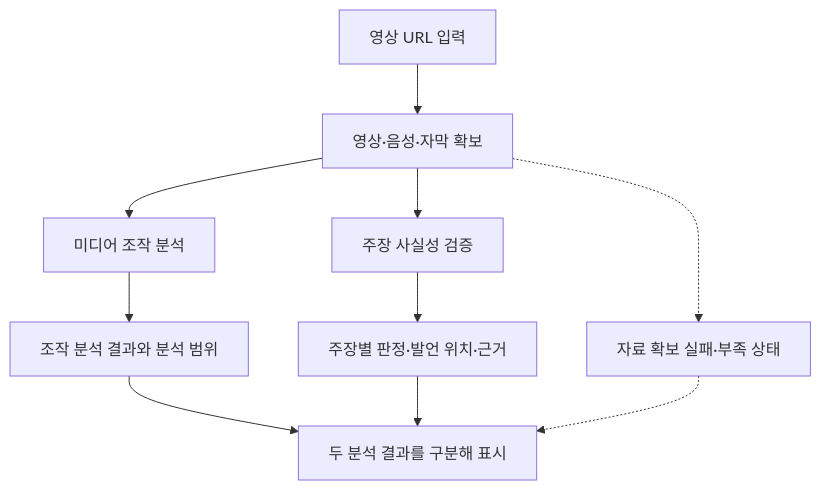
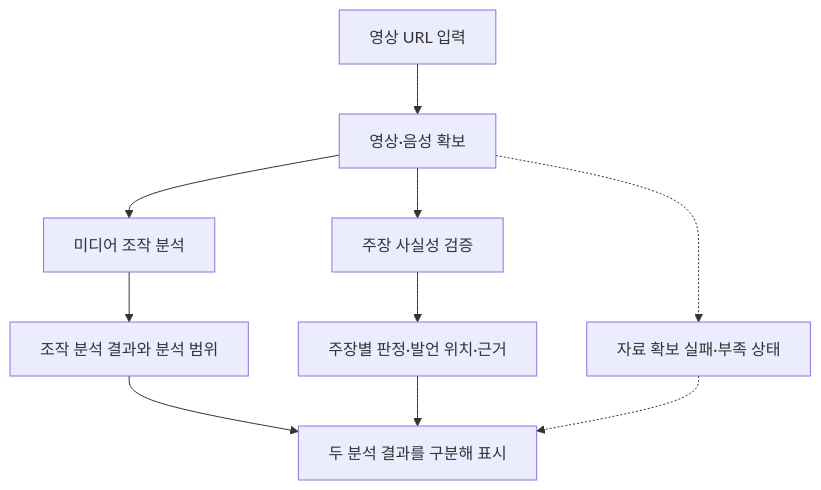
One commit to Dynamic-Juo/docs changed the first of 3 diagrams in design/ai-pipeline.md. Above: the diagram before and after it, drawn with Mermaid. The commit also changed other lines of this file and 9 other files, not shown here.

````diff
--- a/design/ai-pipeline.md
+++ b/design/ai-pipeline.md
@@ -20,12 +22,12 @@
 ```mermaid
 flowchart TD
-    URL["영상 URL 입력"] --> COLLECT["영상·음성·자막 확보"]
+    URL["영상 URL 입력"] --> COLLECT["영상·음성 확보"]
     COLLECT --> MEDIA["미디어 조작 분석"]
     COLLECT --> FACT["주장 사실성 검증"]
     MEDIA --> MR["조작 분석 결과와 분석 범위"]
     FACT --> FR["주장별 판정·발언 위치·근거"]
     MR --> VIEW["두 분석 결과를 구분해 표시"]
     FR --> VIEW
     COLLECT -.-> ERROR["자료 확보 실패·부족 상태"]
     ERROR -.-> VIEW
 ```
````
